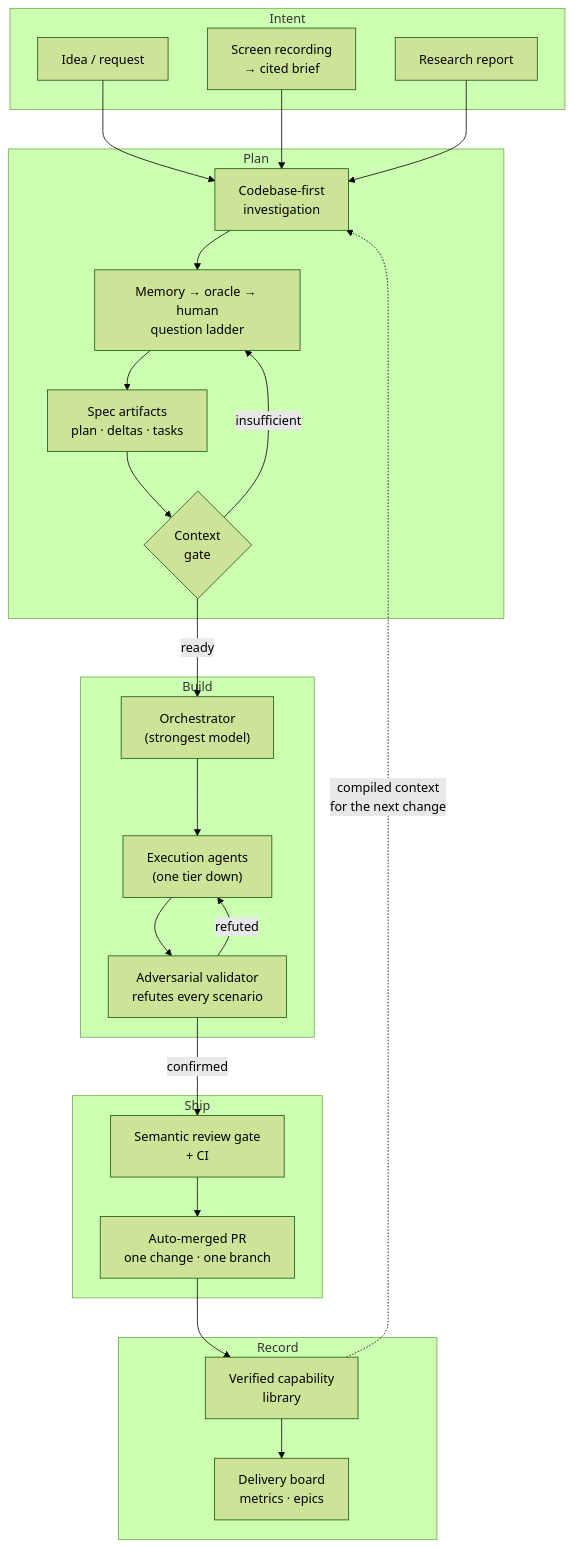
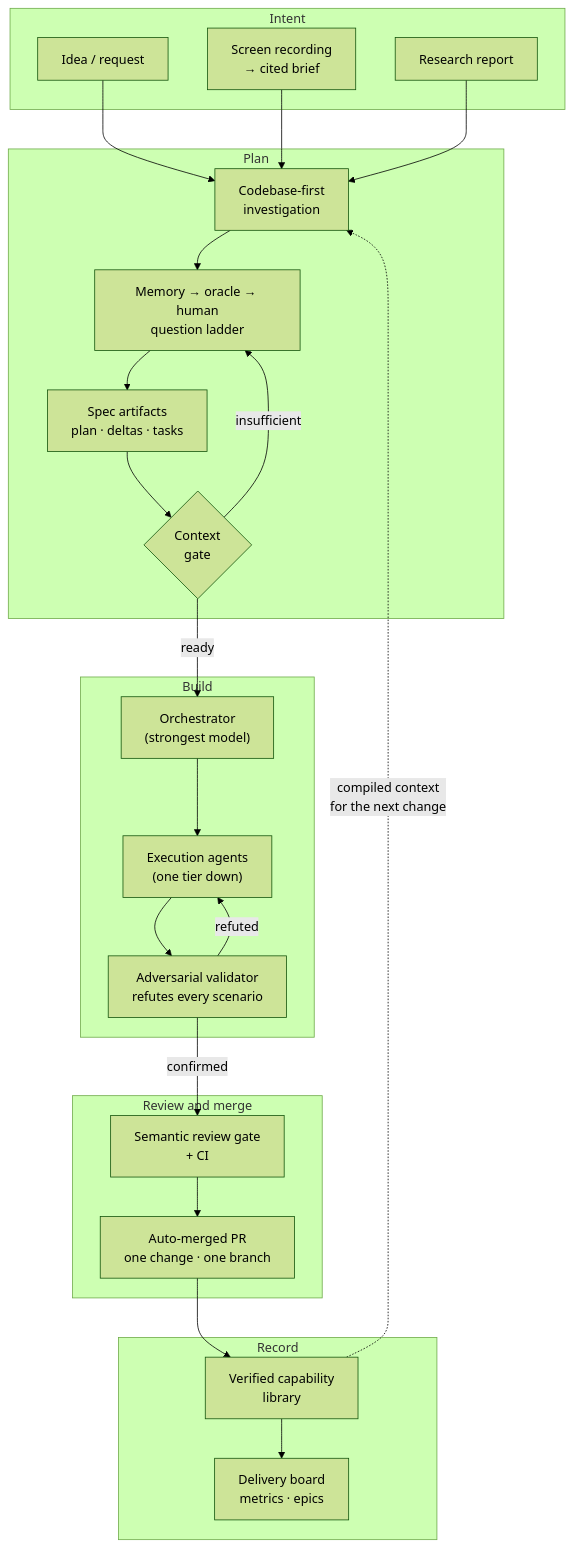
One commit to shipd-now/shipd changed the diagram in docs/what-is-shipd.md. Above: the diagram before and after it, drawn with Mermaid (forest theme). The commit also changed other lines of this file and 41 other files, not shown here.

````diff
--- a/docs/what-is-shipd.md
+++ b/docs/what-is-shipd.md
@@ -38,43 +38,43 @@
 ```mermaid
 flowchart TD
     subgraph intent [Intent]
         idea["Idea / request"]
         video["Screen recording<br/>→ cited brief"]
         research["Research report"]
     end
 
     subgraph plan [Plan]
         investigate["Codebase-first<br/>investigation"]
         ladder["Memory → oracle → human<br/>question ladder"]
         spec["Spec artifacts<br/>plan · deltas · tasks"]
         gate{"Context<br/>gate"}
     end
 
     subgraph build [Build]
         orch["Orchestrator<br/>(strongest model)"]
         agents["Execution agents<br/>(one tier down)"]
         validator["Adversarial validator<br/>refutes every scenario"]
     end
 
-    subgraph ship [Ship]
+    subgraph ship [Review and merge]
         review["Semantic review gate<br/>+ CI"]
         pr["Auto-merged PR<br/>one change · one branch"]
     end
 
     subgraph record [Record]
         library["Verified capability<br/>library"]
         board["Delivery board<br/>metrics · epics"]
     end
 
     idea --> investigate
     video --> investigate
     research --> investigate
     investigate --> ladder --> spec --> gate
     gate -- ready --> orch
     gate -- insufficient --> ladder
     orch --> agents --> validator
     validator -- refuted --> agents
     validator -- confirmed --> review --> pr
     pr --> library --> board
     library -. "compiled context<br/>for the next change" .-> investigate
 ```
````
